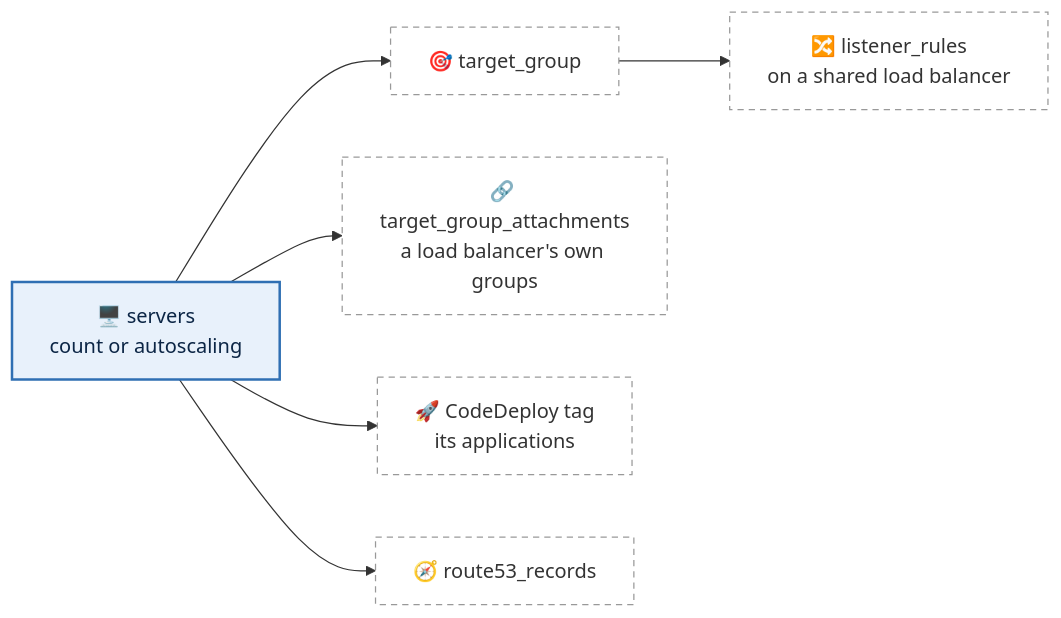
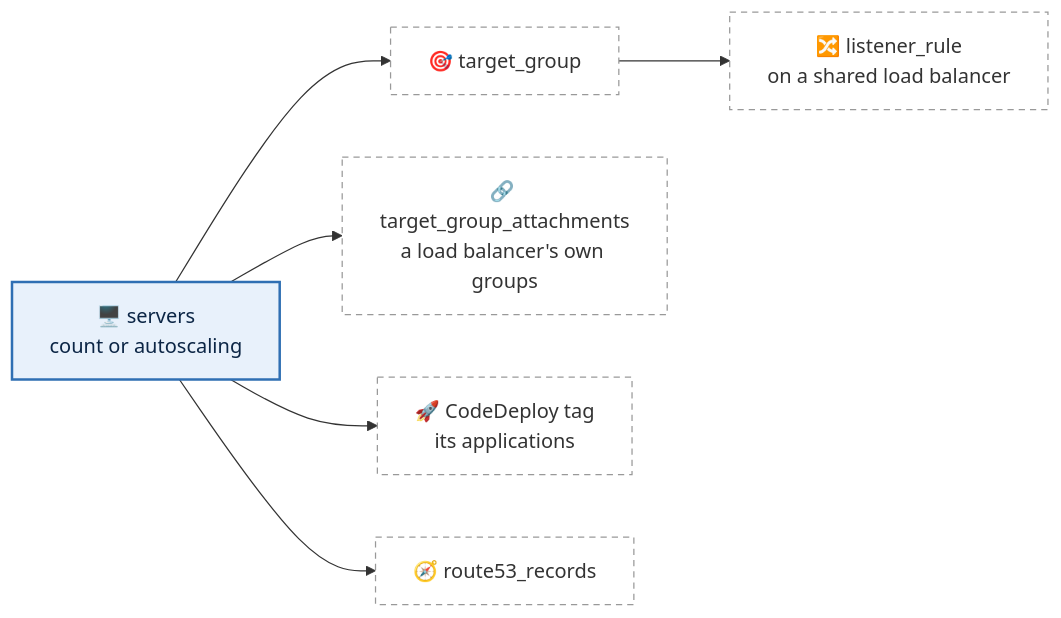
Before and after one commit to justin-samuel12/terraform-aws-scaffold: the diagram in docs/compute.md, drawn with Mermaid. The commit also changed other lines of this file and 978 other files, not shown here.

````diff
--- a/docs/compute.md
+++ b/docs/compute.md
@@ -21,14 +25,14 @@
 ```mermaid
 flowchart LR
   base["🖥️ servers<br/>count or autoscaling"]
-  tg["🎯 target_group"] --> lr["🔀 listener_rules<br/>on a shared load balancer"]
+  tg["🎯 target_group"] --> lr["🔀 listener_rule<br/>on a shared load balancer"]
   base --> tg
   base --> tga["🔗 target_group_attachments<br/>a load balancer's own groups"]
   base --> cd["🚀 CodeDeploy tag<br/>its applications"]
   base --> r53["🧭 route53_records"]
 
   classDef core fill:#e8f1fb,stroke:#2f6fb3,stroke-width:2px,color:#0b2545
   classDef opt fill:#ffffff,stroke:#999,stroke-dasharray:5 4,color:#333
   class base core
   class tg,lr,tga,cd,r53 opt
 ```
````
